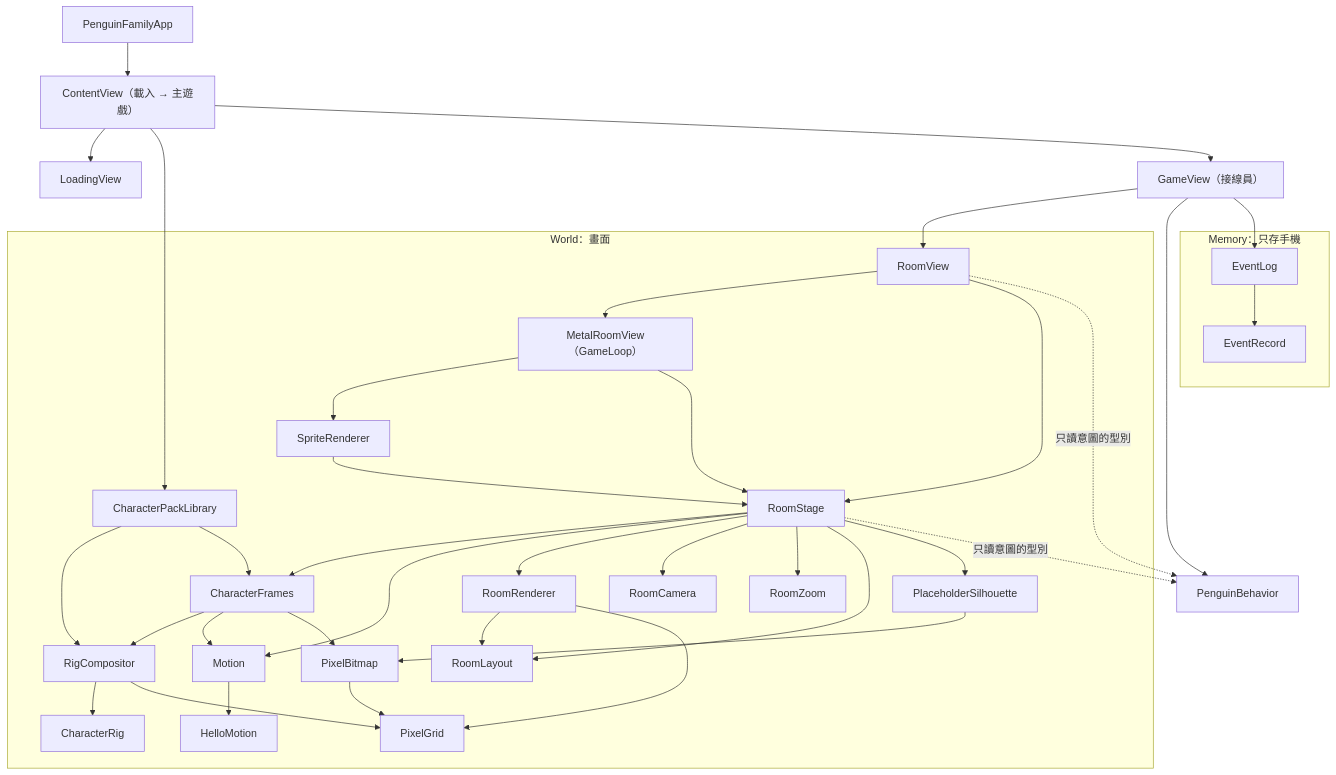
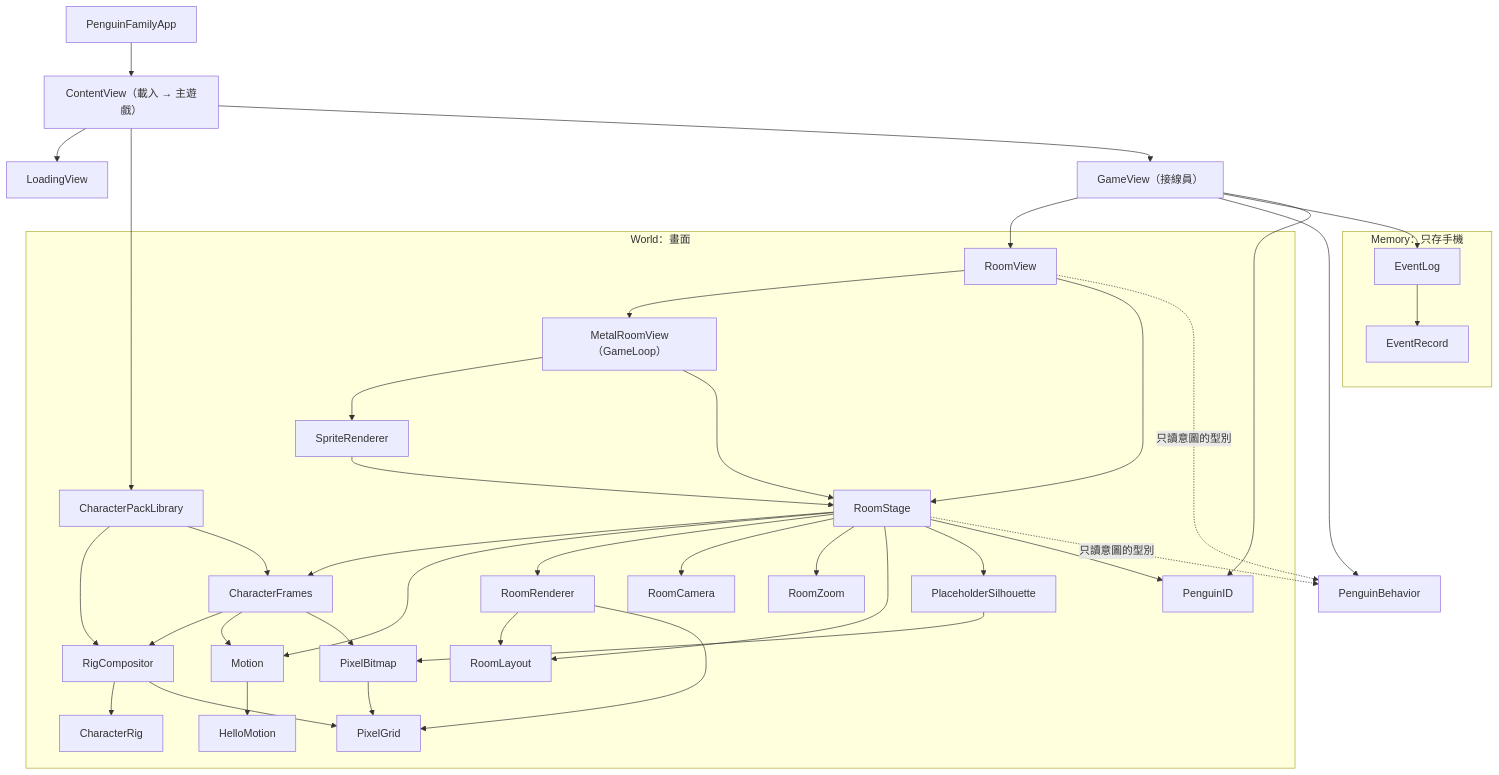
The first of 4 diagrams in docs/code-map.md (CBHeng/penguin-family), drawn with Mermaid before and after one commit. The commit also changed other lines of this file and 9 other files, not shown here.

````diff
--- a/docs/code-map.md
+++ b/docs/code-map.md
@@ -111,44 +112,46 @@
 ```mermaid
 flowchart TD
     App["PenguinFamilyApp"] --> Content["ContentView（載入 → 主遊戲）"]
     Content --> Loading["LoadingView"]
     Content --> Library["CharacterPackLibrary"]
     Content --> Game["GameView（接線員）"]
     Game --> Room["RoomView"]
     Game --> Behavior["PenguinBehavior"]
     Game --> Log["EventLog"]
+    Game --> ID
 
     subgraph World["World：畫面"]
         Library --> Compositor["RigCompositor"]
         Library --> Frames["CharacterFrames"]
         Room --> Metal["MetalRoomView（GameLoop）"]
         Room --> Stage["RoomStage"]
         Metal --> Renderer["SpriteRenderer"]
         Metal --> Stage
         Renderer --> Stage
         Stage --> Frames
         Stage --> Motion["Motion"]
         Stage --> RoomRenderer["RoomRenderer"]
         Stage --> Camera["RoomCamera"]
         Stage --> Zoom["RoomZoom"]
         Stage --> Layout["RoomLayout"]
         Stage --> Placeholder["PlaceholderSilhouette"]
+        Stage --> ID["PenguinID"]
         RoomRenderer --> Layout
         RoomRenderer --> Grid["PixelGrid"]
         Frames --> Compositor
         Frames --> Motion
         Frames --> Bitmap["PixelBitmap"]
         Placeholder --> Bitmap
         Motion --> Hello["HelloMotion"]
         Compositor --> Rig["CharacterRig"]
         Compositor --> Grid
         Bitmap --> Grid
     end
 
     subgraph Memory["Memory：只存手機"]
         Log --> Record["EventRecord"]
     end
 
     Room -. "只讀意圖的型別" .-> Behavior
     Stage -. "只讀意圖的型別" .-> Behavior
 ```
````
